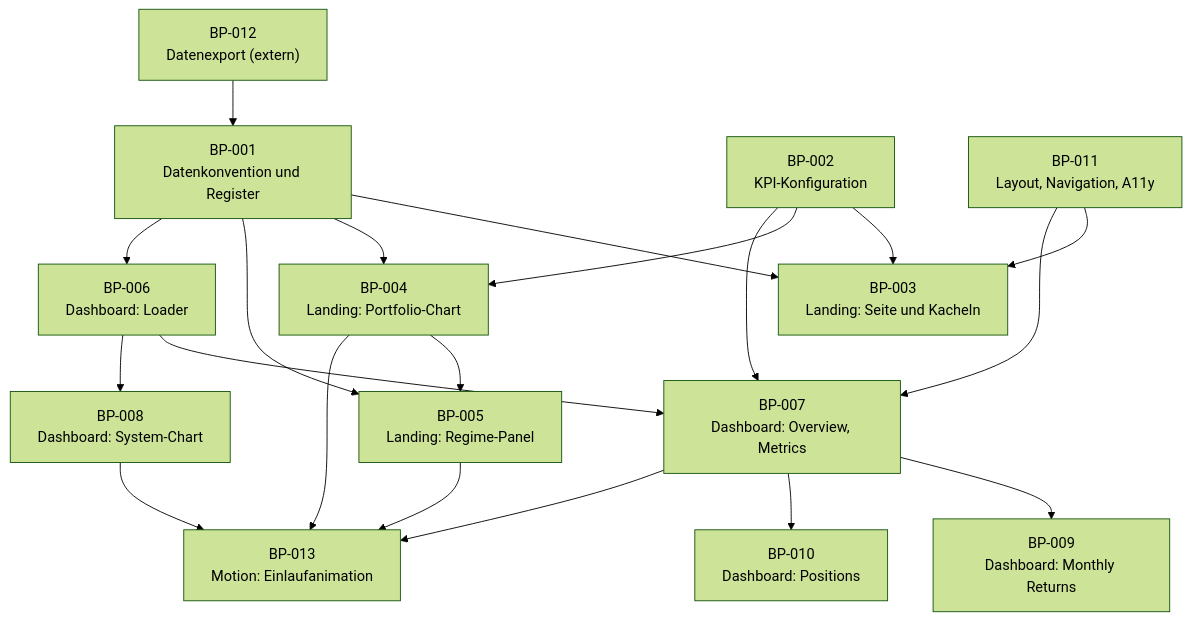
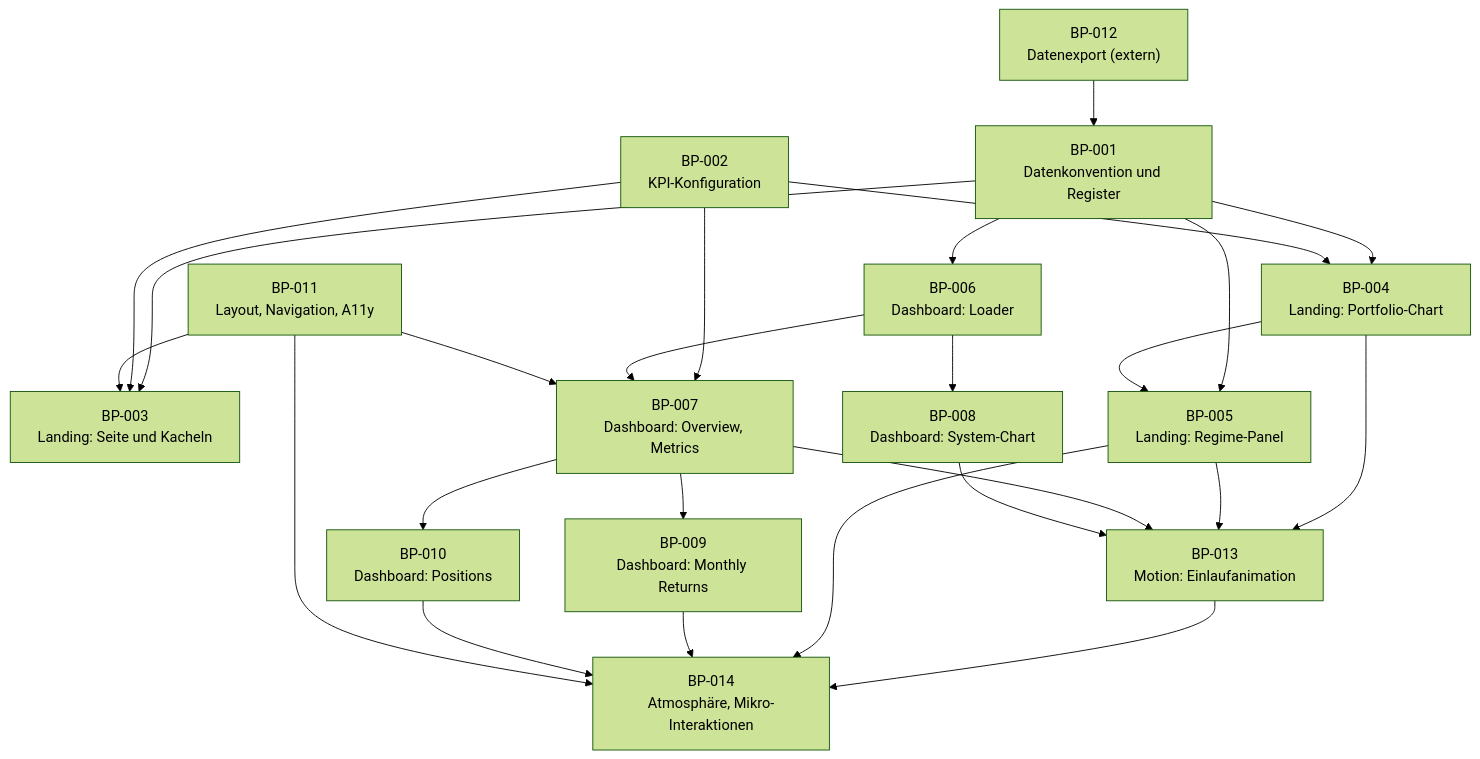
Before and after one commit to github-ascnet/WL-Trading-Systems-Overview: the diagram in docs/sdd/build_plan.md, drawn with Mermaid (forest theme). The commit also changed other lines of this file and 9 other files, not shown here.

````diff
--- a/docs/sdd/build_plan.md
+++ b/docs/sdd/build_plan.md
@@ -44,36 +44,42 @@
 ```mermaid
 flowchart TD
     BP001["BP-001<br/>Datenkonvention und Register"]
     BP002["BP-002<br/>KPI-Konfiguration"]
     BP003["BP-003<br/>Landing: Seite und Kacheln"]
     BP004["BP-004<br/>Landing: Portfolio-Chart"]
     BP005["BP-005<br/>Landing: Regime-Panel"]
     BP006["BP-006<br/>Dashboard: Loader"]
     BP007["BP-007<br/>Dashboard: Overview, Metrics"]
     BP008["BP-008<br/>Dashboard: System-Chart"]
     BP009["BP-009<br/>Dashboard: Monthly Returns"]
     BP010["BP-010<br/>Dashboard: Positions"]
     BP011["BP-011<br/>Layout, Navigation, A11y"]
     BP012["BP-012<br/>Datenexport (extern)"]
     BP013["BP-013<br/>Motion: Einlaufanimation"]
+    BP014["BP-014<br/>Atmosphäre, Mikro-Interaktionen"]
 
     BP012 --> BP001
     BP001 --> BP003
     BP001 --> BP004
     BP001 --> BP005
     BP001 --> BP006
     BP002 --> BP003
     BP002 --> BP004
     BP002 --> BP007
     BP006 --> BP007
     BP007 --> BP009
     BP007 --> BP010
     BP006 --> BP008
     BP004 --> BP005
     BP011 --> BP003
     BP011 --> BP007
     BP004 --> BP013
     BP005 --> BP013
     BP007 --> BP013
     BP008 --> BP013
+    BP013 --> BP014
+    BP005 --> BP014
+    BP009 --> BP014
+    BP010 --> BP014
+    BP011 --> BP014
 ```
````
